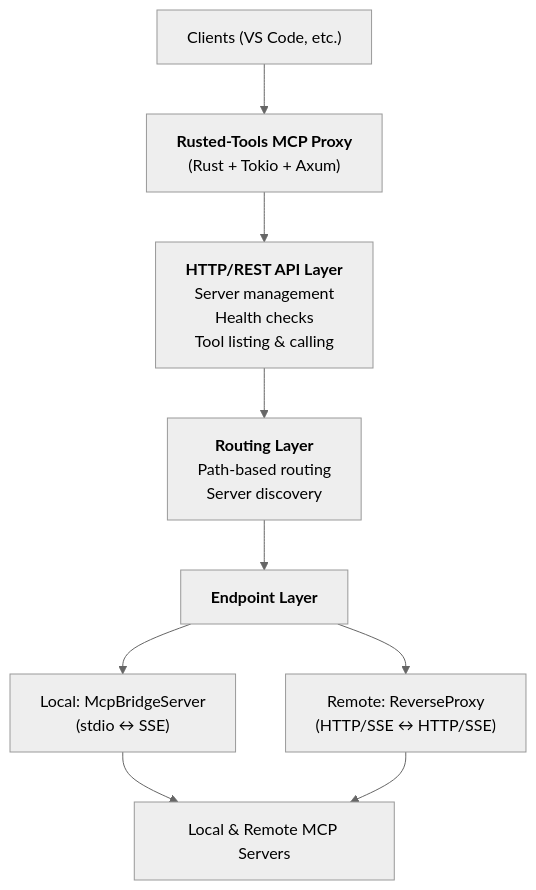
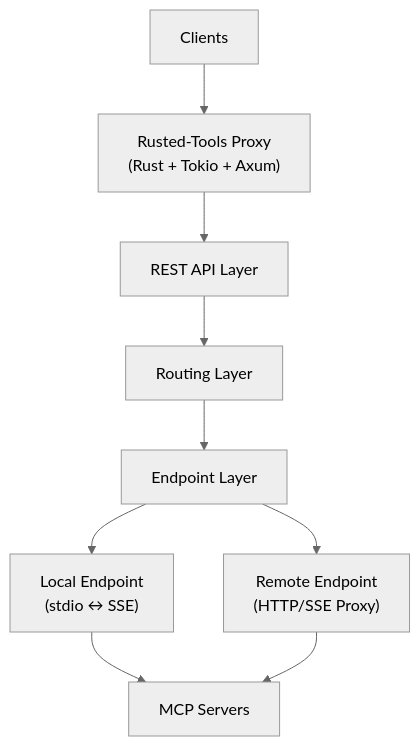
One commit to mikart143/rusted-tools changed the diagram in README.md. Above: the diagram before and after it, drawn with Mermaid (neutral theme). The commit also changed other lines of this file, not shown here.

````diff
--- a/README.md
+++ b/README.md
@@ -360,20 +216,20 @@
 ```mermaid
 graph TD
-    A["Clients (VS Code, etc.)"]
-    B["<b>Rusted-Tools MCP Proxy</b><br/>(Rust + Tokio + Axum)"]
-    C["<b>HTTP/REST API Layer</b><br/>Server management<br/>Health checks<br/>Tool listing & calling"]
-    D["<b>Routing Layer</b><br/>Path-based routing<br/>Server discovery"]
-    E["<b>Endpoint Layer</b>"]
-    E1["Local: McpBridgeServer<br/>(stdio ↔ SSE)"]
-    E2["Remote: ReverseProxy<br/>(HTTP/SSE ↔ HTTP/SSE)"]
-    F["Local & Remote MCP Servers"]
+    A["Clients"]
+    B["Rusted-Tools Proxy<br/>(Rust + Tokio + Axum)"]
+    C["REST API Layer"]
+    D["Routing Layer"]
+    E["Endpoint Layer"]
+    E1["Local Endpoint<br/>(stdio ↔ SSE)"]
+    E2["Remote Endpoint<br/>(HTTP/SSE Proxy)"]
+    F["MCP Servers"]
     
     A --> B
     B --> C
     C --> D
     D --> E
     E --> E1
     E --> E2
     E1 --> F
     E2 --> F
 ```
````
